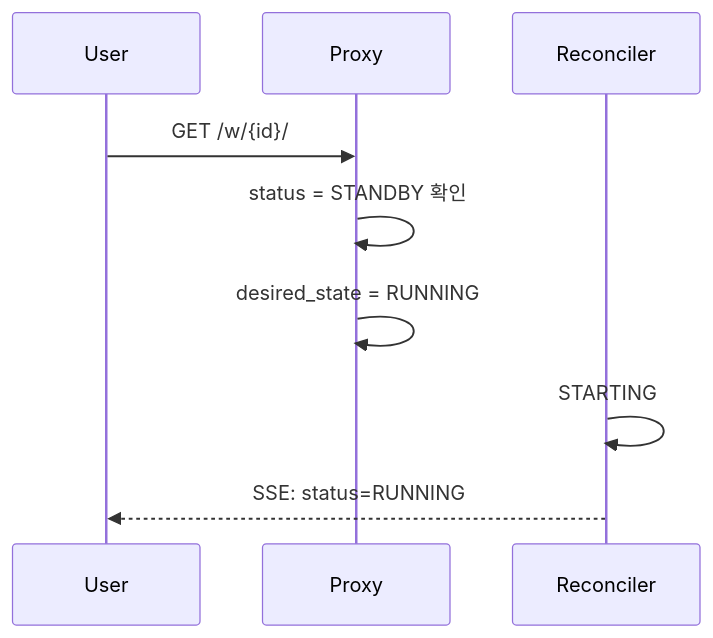
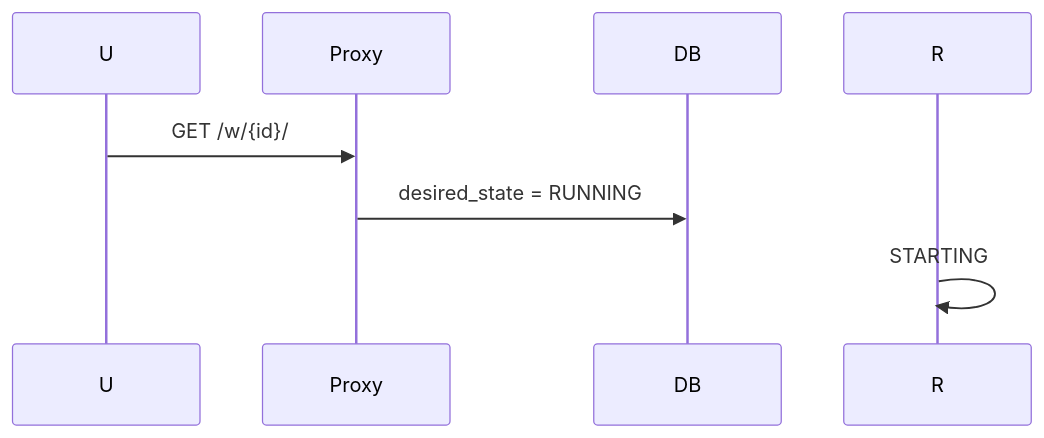
The fifth of 6 diagrams in docs/spec_v2/states.md (cagojeiger/code-hub), drawn with Mermaid before and after one commit. The commit also changed other lines of this file and 14 other files, not shown here.

````diff
--- a/docs/spec_v2/states.md
+++ b/docs/spec_v2/states.md
@@ -344,13 +191,6 @@
 ```mermaid
 sequenceDiagram
-    participant U as User
-    participant P as Proxy
-    participant R as Reconciler
-
-    U->>P: GET /w/{id}/
-    P->>P: status = STANDBY 확인
-    P->>P: desired_state = RUNNING
-
+    U->>Proxy: GET /w/{id}/
+    Proxy->>DB: desired_state = RUNNING
     R->>R: STARTING
-    R-->>U: SSE: status=RUNNING
 ```
````
